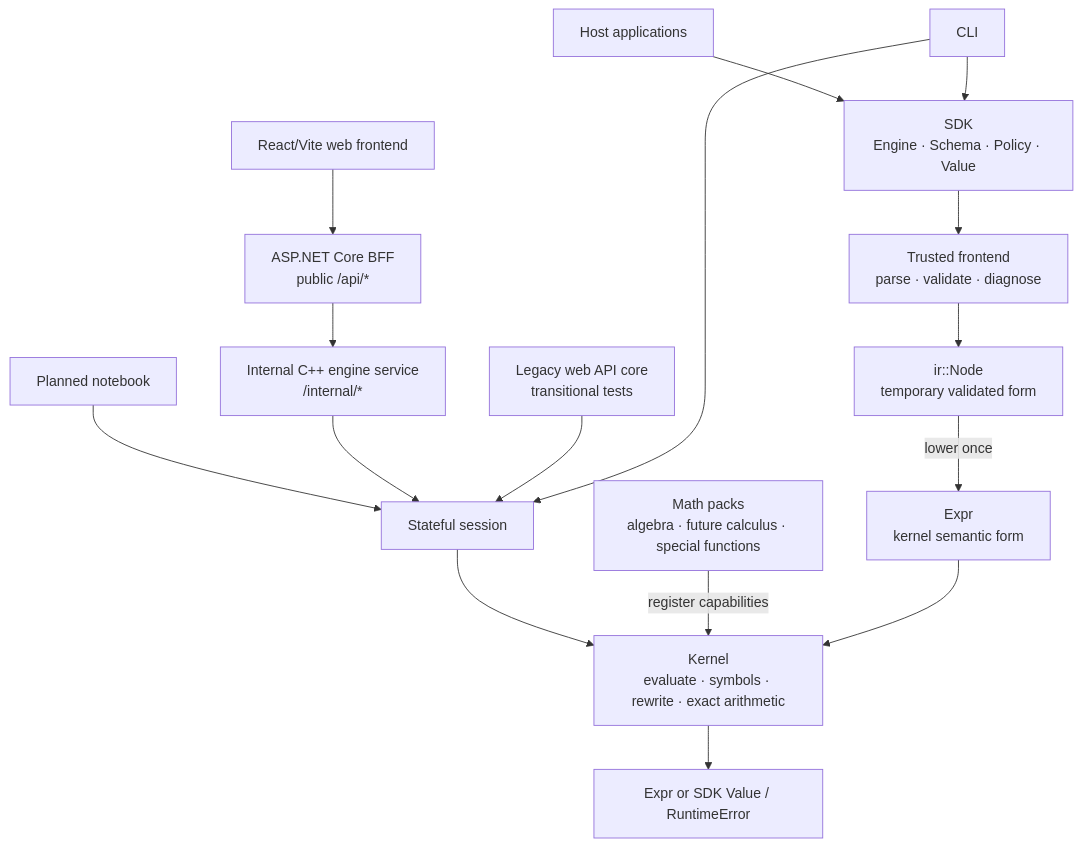
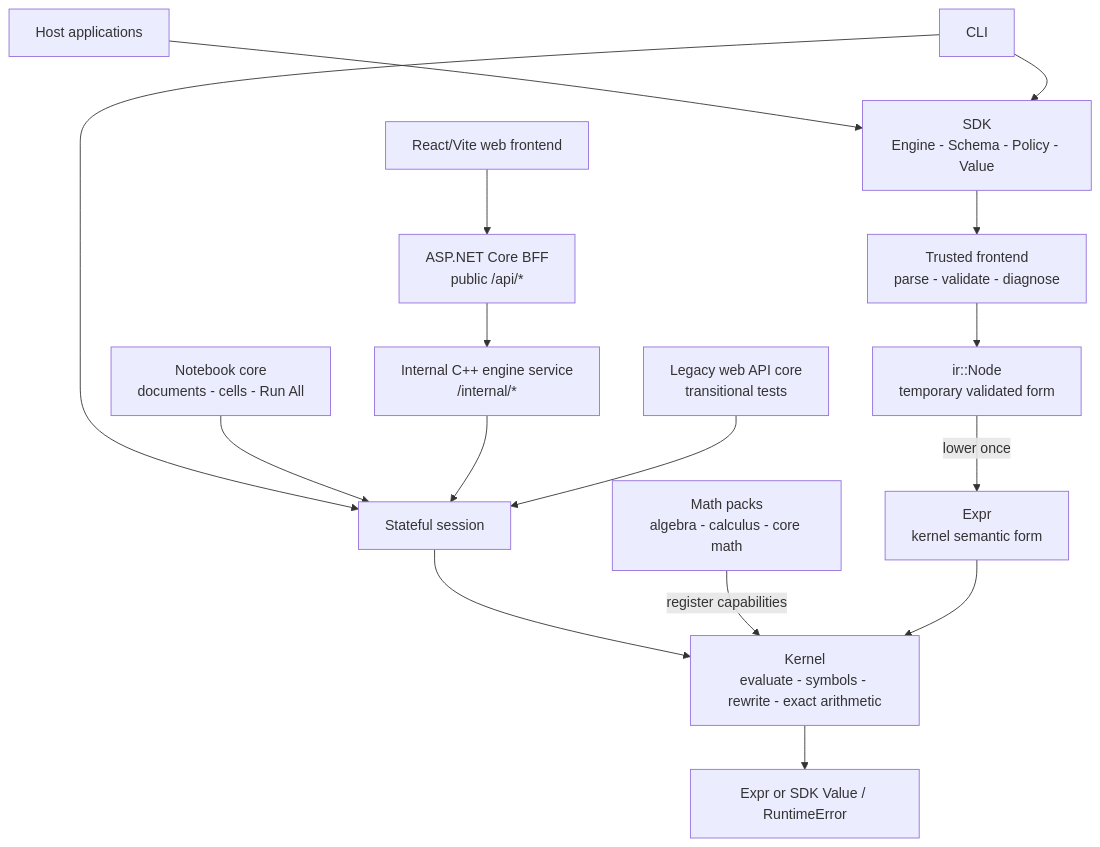
One commit to sergiorf/aleph3 changed the first of 10 diagrams in docs/architecture.md. Above: the diagram before and after it, drawn with Mermaid. The commit also changed other lines of this file and 10 other files, not shown here.

First line of the commit message:
docs: refresh architecture and glossary for current engine

````diff
--- a/docs/architecture.md
+++ b/docs/architecture.md
@@ -16,18 +17,18 @@
 ```mermaid
 flowchart TB
-    Host["Host applications"] --> SDK["SDK<br/>Engine · Schema · Policy · Value"]
-    Notebook["Planned notebook"] --> Session["Stateful session"]
+    Host["Host applications"] --> SDK["SDK<br/>Engine - Schema - Policy - Value"]
+    CLI["CLI"] --> Session["Stateful session"]
+    Notebook["Notebook core<br/>documents - cells - Run All"] --> Session
     WebFrontend["React/Vite web frontend"] --> BFF["ASP.NET Core BFF<br/>public /api/*"]
     BFF --> EngineSvc["Internal C++ engine service<br/>/internal/*"]
     EngineSvc --> Session
     WebApi["Legacy web API core<br/>transitional tests"] --> Session
-    CLI["CLI"] --> Session
     Session --> Kernel
     CLI --> SDK
-    SDK --> Frontend["Trusted frontend<br/>parse · validate · diagnose"]
+    SDK --> Frontend["Trusted frontend<br/>parse - validate - diagnose"]
     Frontend --> IR["ir::Node<br/>temporary validated form"]
     IR -->|lower once| Expr["Expr<br/>kernel semantic form"]
-    Packs["Math packs<br/>algebra · future calculus · special functions"] -->|register capabilities| Kernel
-    Expr --> Kernel["Kernel<br/>evaluate · symbols · rewrite · exact arithmetic"]
+    Packs["Math packs<br/>algebra - calculus - core math"] -->|register capabilities| Kernel
+    Expr --> Kernel["Kernel<br/>evaluate - symbols - rewrite - exact arithmetic"]
     Kernel --> Result["Expr or SDK Value / RuntimeError"]
 ```
````
